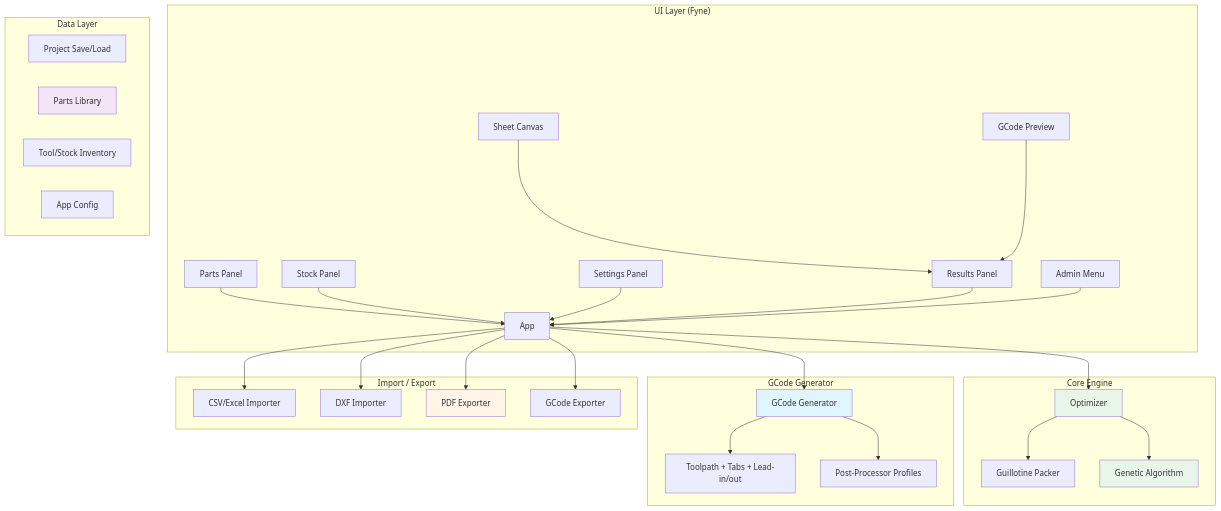
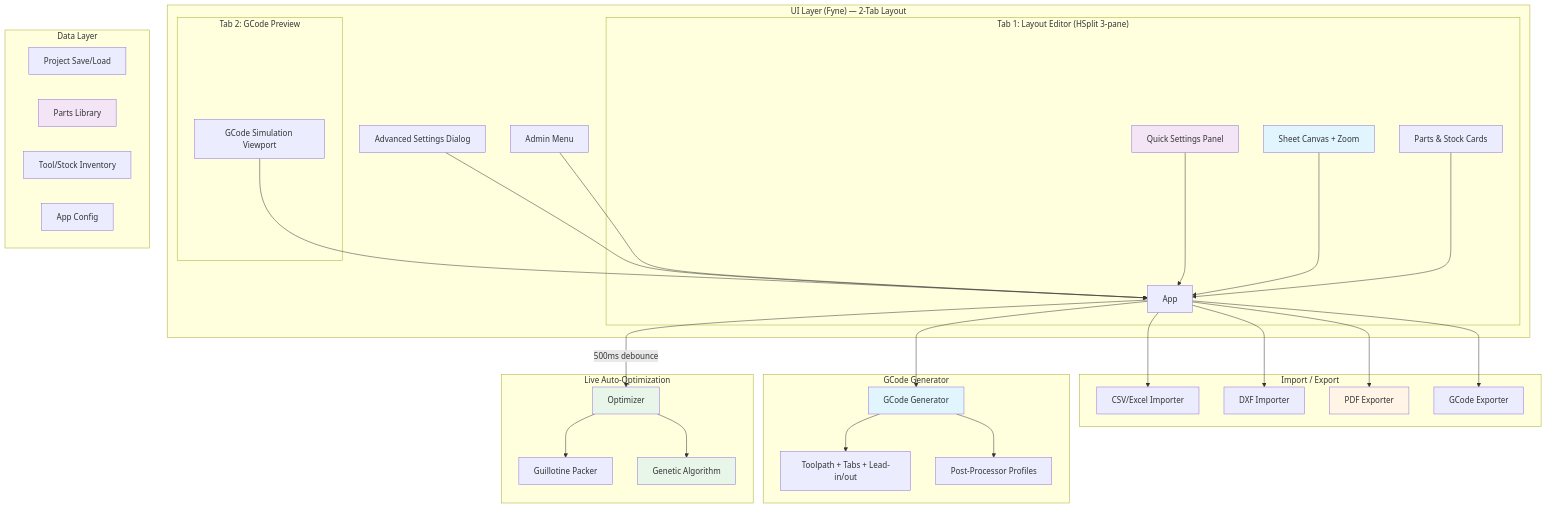
The diagram in CLAUDE.md (piwi3910/cnc-calculator), drawn with Mermaid before and after one commit. The commit also changed other lines of this file and 6 other files, not shown here.

First line of the commit message:
[Feature] OrcaSlicer-inspired 2-tab UI with live optimization (#103)

````diff
--- a/CLAUDE.md
+++ b/CLAUDE.md
@@ -117,44 +119,49 @@
 ```mermaid
 graph TB
-    subgraph "UI Layer (Fyne)"
-        A[Parts Panel] --> B[App]
-        C[Stock Panel] --> B
-        D[Settings Panel] --> B
-        E[Results Panel] --> B
-        F[Sheet Canvas] --> E
-        G[GCode Preview] --> E
+    subgraph "UI Layer (Fyne) — 2-Tab Layout"
+        subgraph "Tab 1: Layout Editor (HSplit 3-pane)"
+            QS[Quick Settings Panel] --> B[App]
+            SC[Sheet Canvas + Zoom] --> B
+            PS[Parts & Stock Cards] --> B
+        end
+        subgraph "Tab 2: GCode Preview"
+            GP[GCode Simulation Viewport] --> B
+        end
+        AD[Advanced Settings Dialog] --> B
         H[Admin Menu] --> B
     end
 
-    subgraph "Core Engine"
-        B --> I[Optimizer]
+    subgraph "Live Auto-Optimization"
+        B -->|500ms debounce| I[Optimizer]
         I --> J[Guillotine Packer]
         I --> K[Genetic Algorithm]
     end
 
     subgraph "GCode Generator"
         B --> L[GCode Generator]
         L --> M[Toolpath + Tabs + Lead-in/out]
         L --> N[Post-Processor Profiles]
     end
 
     subgraph "Import / Export"
         B --> O[CSV/Excel Importer]
         B --> P[DXF Importer]
         B --> Q[PDF Exporter]
         B --> R[GCode Exporter]
     end
 
     subgraph "Data Layer"
         S[Project Save/Load]
         T[Parts Library]
         U[Tool/Stock Inventory]
         V[App Config]
     end
 
     style I fill:#e8f5e9
     style K fill:#e8f5e9
     style L fill:#e1f5ff
     style Q fill:#fff4e6
     style T fill:#f3e5f5
+    style SC fill:#e1f5ff
+    style QS fill:#f3e5f5
 ```
````
